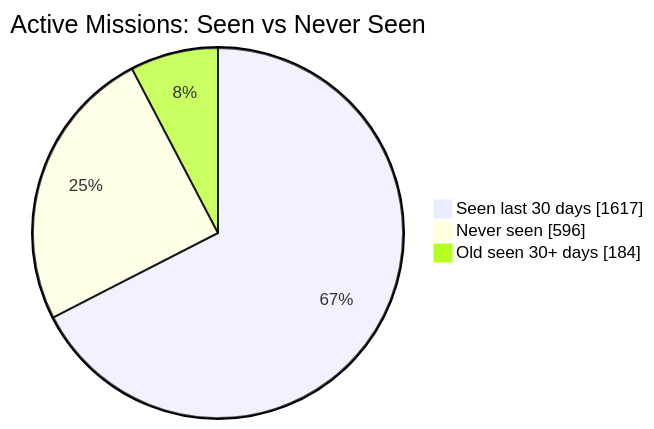
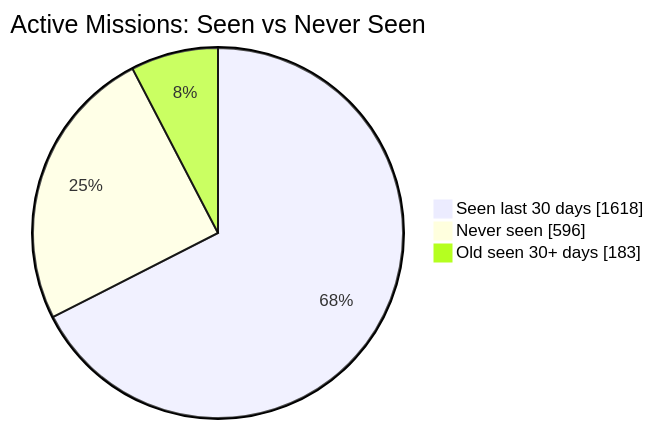
The first of 2 diagrams in README.md (MeldkamerspelGameTeam/active-missions), drawn with Mermaid before and after one commit. The commit also changed other lines of this file and 3 other files, not shown here.

````diff
--- a/README.md
+++ b/README.md
@@ -34,7 +34,7 @@
 ```mermaid
 pie showData
     title Active Missions: Seen vs Never Seen
-    "Seen last 30 days" : 1617
+    "Seen last 30 days" : 1618
     "Never seen" : 596
-    "Old seen 30+ days" : 184
+    "Old seen 30+ days" : 183
 ```
````
